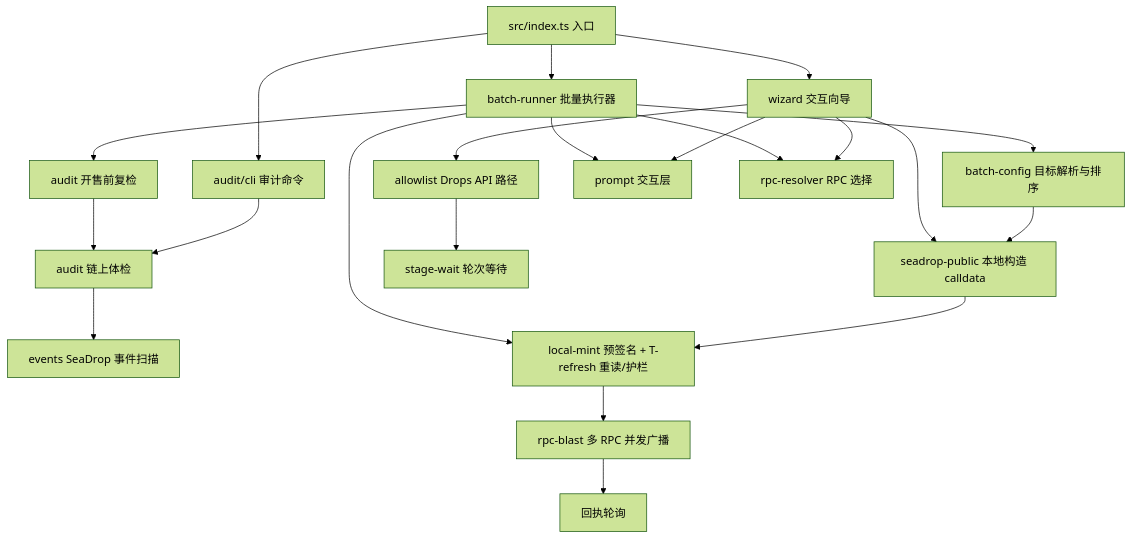
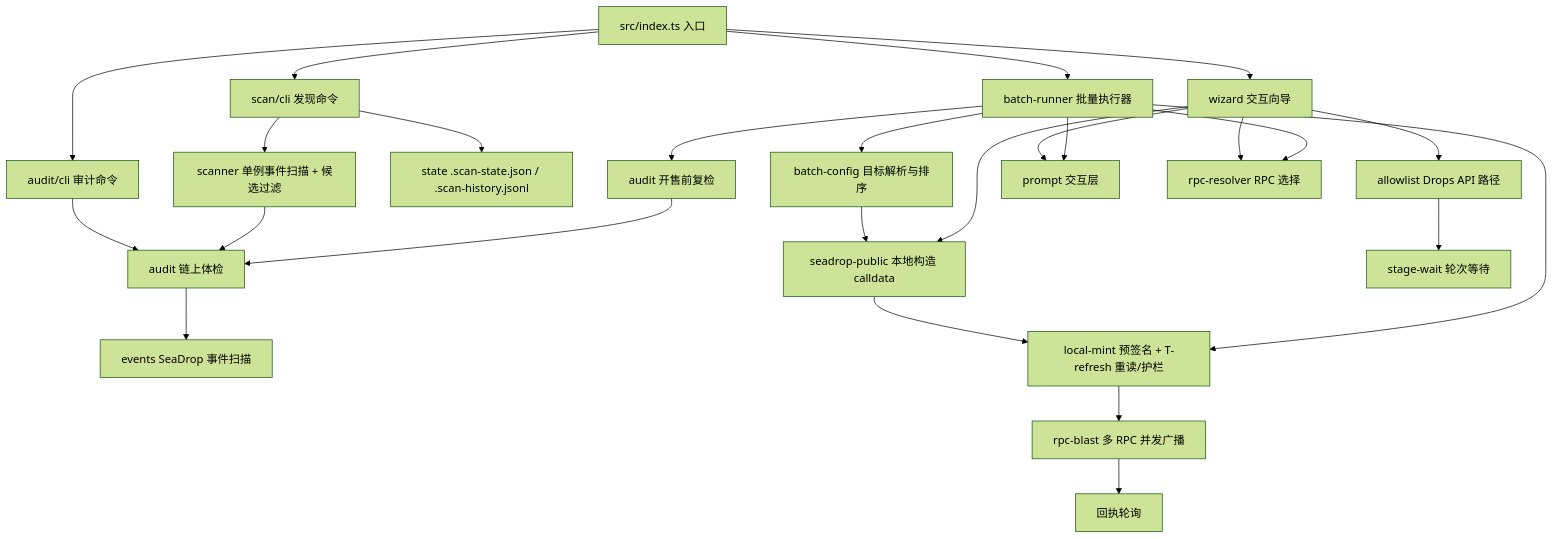
One commit to journeyanhk/opensea-nft-public-mint changed the first of 2 diagrams in helloagents/wiki/arch.md. Above: the diagram before and after it, drawn with Mermaid (forest theme). The commit also changed other lines of this file and 19 other files, not shown here.

````diff
--- a/helloagents/wiki/arch.md
+++ b/helloagents/wiki/arch.md
@@ -4,23 +4,27 @@
 ```mermaid
 flowchart TD
     A[src/index.ts 入口] --> B[wizard 交互向导]
     A --> N[batch-runner 批量执行器]
     A --> P[audit/cli 审计命令]
+    A --> T[scan/cli 发现命令]
+    T --> U[scanner 单例事件扫描 + 候选过滤]
+    T --> V[state .scan-state.json / .scan-history.jsonl]
     N --> O[batch-config 目标解析与排序]
     N --> Q[audit 开售前复检]
     P --> R[audit 链上体检]
+    U --> R
     R --> S[events SeaDrop 事件扫描]
     Q --> R
     O --> C
     B --> C[seadrop-public 本地构造 calldata]
     B --> D[allowlist Drops API 路径]
     C --> E[local-mint 预签名 + T-refresh 重读/护栏]
     N --> E
     E --> F[rpc-blast 多 RPC 并发广播]
     F --> G[回执轮询]
     D --> H[stage-wait 轮次等待]
     B --> I[prompt 交互层]
     N --> I
     B --> J[rpc-resolver RPC 选择]
     N --> J
 ```
````
